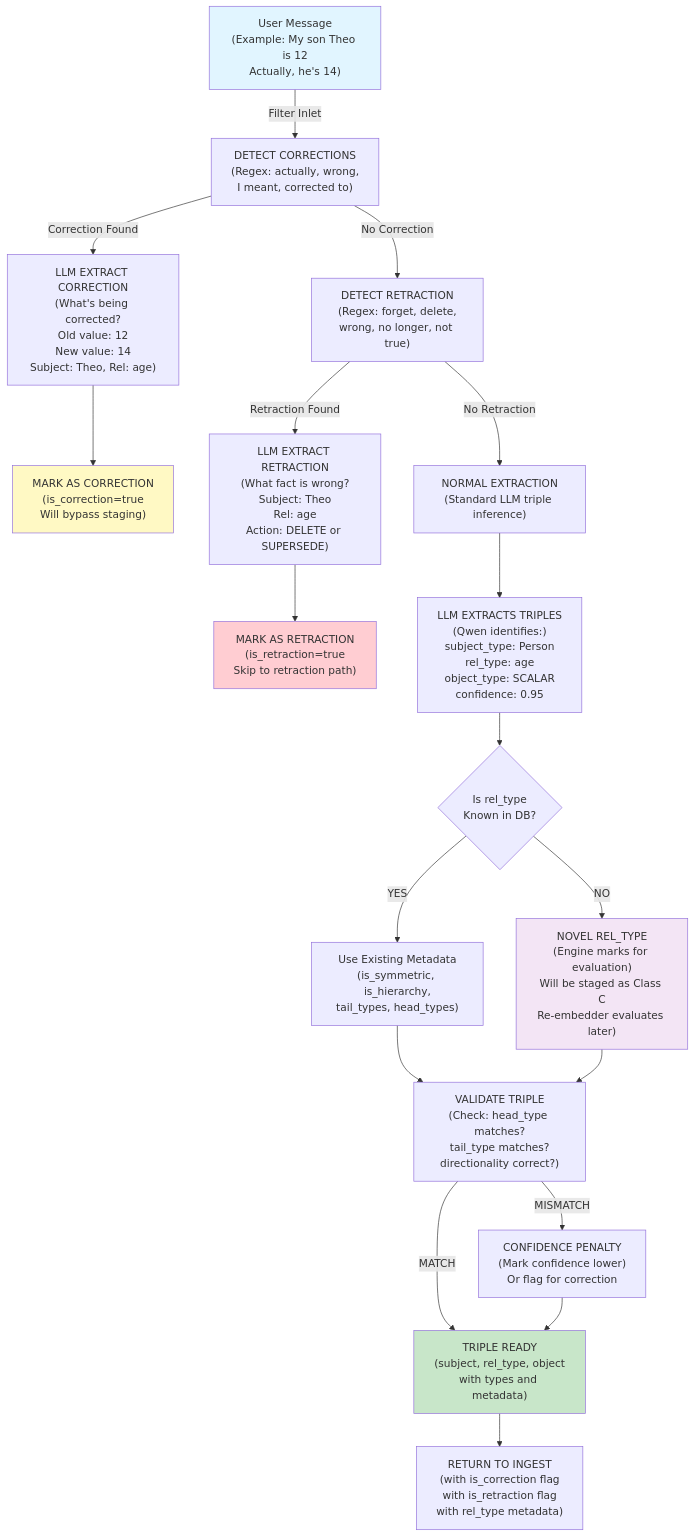
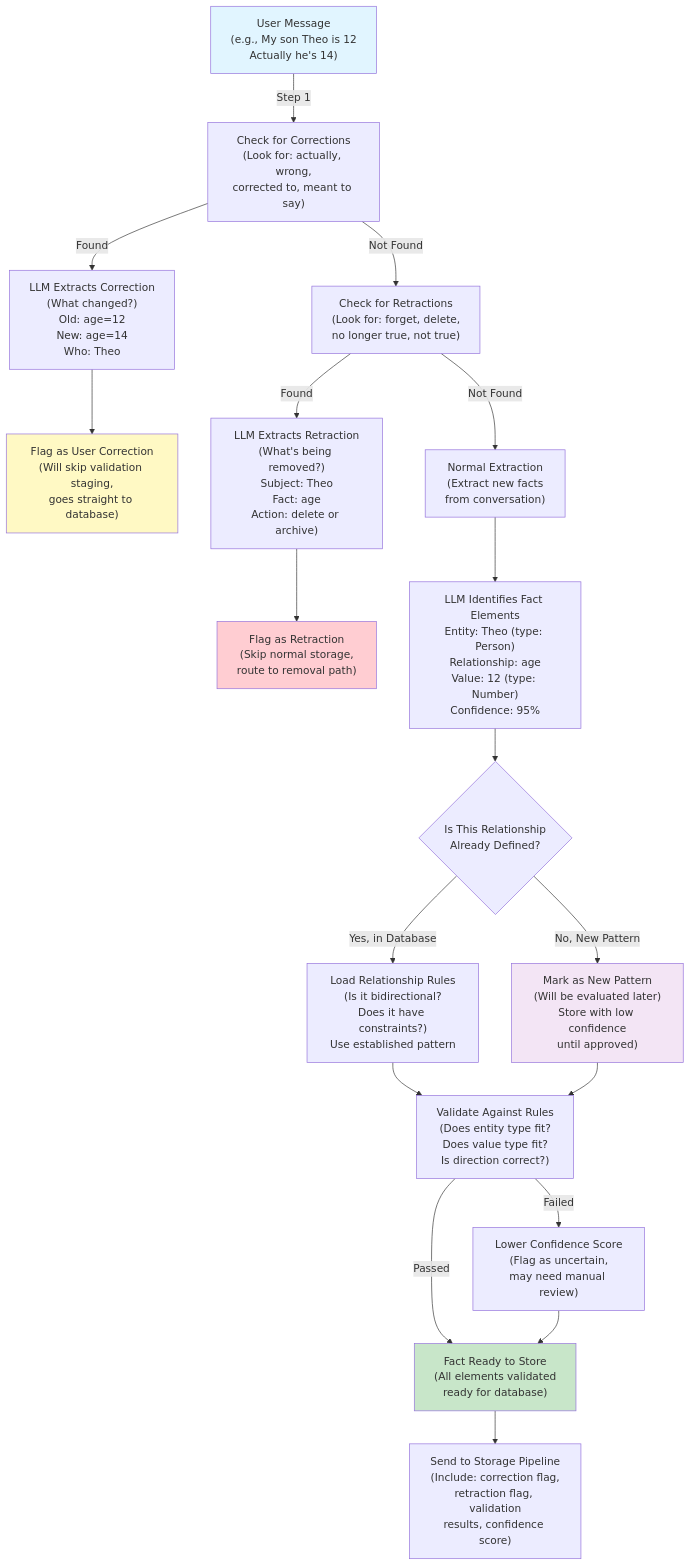
The diagram in docs/mermaid/extract-pipeline.mmd (tkalevra/FaultLine), drawn with Mermaid before and after one commit. The commit also changed 2 other files, not shown here.

Commit message:
docs: Improve Mermaid diagrams with clearer technical language (reduce jargon, add brief explanations)

```diff
--- a/docs/mermaid/extract-pipeline.mmd
+++ b/docs/mermaid/extract-pipeline.mmd
@@ -1,40 +1,40 @@
 graph TD
-    A["User Message<br/>(Example: My son Theo is 12<br/>Actually, he's 14)"] -->|Filter Inlet| B["DETECT CORRECTIONS<br/>(Regex: actually, wrong,<br/>I meant, corrected to)"]
+    A["User Message<br/>(e.g., My son Theo is 12<br/>Actually he's 14)"] -->|Step 1| B["Check for Corrections<br/>(Look for: actually, wrong,<br/>corrected to, meant to say)"]
 
-    B -->|Correction Found| C["LLM EXTRACT CORRECTION<br/>(What's being corrected?<br/>Old value: 12<br/>New value: 14<br/>Subject: Theo, Rel: age)"]
+    B -->|Found| C["LLM Extracts Correction<br/>(What changed?)<br/>Old: age=12<br/>New: age=14<br/>Who: Theo"]
 
-    C --> D["MARK AS CORRECTION<br/>(is_correction=true<br/>Will bypass staging)"]
+    C --> D["Flag as User Correction<br/>(Will skip validation staging,<br/>goes straight to database)"]
 
-    B -->|No Correction| E["DETECT RETRACTION<br/>(Regex: forget, delete,<br/>wrong, no longer, not true)"]
+    B -->|Not Found| E["Check for Retractions<br/>(Look for: forget, delete,<br/>no longer true, not true)"]
 
-    E -->|Retraction Found| F["LLM EXTRACT RETRACTION<br/>(What fact is wrong?<br/>Subject: Theo<br/>Rel: age<br/>Action: DELETE or SUPERSEDE)"]
+    E -->|Found| F["LLM Extracts Retraction<br/>(What's being removed?)<br/>Subject: Theo<br/>Fact: age<br/>Action: delete or archive)"]
 
-    F --> G["MARK AS RETRACTION<br/>(is_retraction=true<br/>Skip to retraction path)"]
+    F --> G["Flag as Retraction<br/>(Skip normal storage,<br/>route to removal path)"]
 
-    E -->|No Retraction| H["NORMAL EXTRACTION<br/>(Standard LLM triple inference)"]
+    E -->|Not Found| H["Normal Extraction<br/>(Extract new facts<br/>from conversation)"]
 
-    H --> I["LLM EXTRACTS TRIPLES<br/>(Qwen identifies:)<br/>subject_type: Person<br/>rel_type: age<br/>object_type: SCALAR<br/>confidence: 0.95"]
+    H --> I["LLM Identifies Fact Elements<br/>Entity: Theo (type: Person)<br/>Relationship: age<br/>Value: 12 (type: Number)<br/>Confidence: 95%"]
 
-    I --> J{Is rel_type<br/>Known in DB?}
+    I --> J{Is This Relationship<br/>Already Defined?}
 
-    J -->|YES| K["Use Existing Metadata<br/>(is_symmetric, is_hierarchy,<br/>tail_types, head_types)"]
+    J -->|Yes, in Database| K["Load Relationship Rules<br/>(Is it bidirectional?<br/>Does it have constraints?)<br/>Use established pattern"]
 
-    J -->|NO| L["NOVEL REL_TYPE<br/>(Engine marks for evaluation)<br/>Will be staged as Class C<br/>Re-embedder evaluates later)"]
+    J -->|No, New Pattern| L["Mark as New Pattern<br/>(Will be evaluated later)<br/>Store with low confidence<br/>until approved)"]
 
-    K --> M["VALIDATE TRIPLE<br/>(Check: head_type matches?<br/>tail_type matches?<br/>directionality correct?)"]
+    K --> M["Validate Against Rules<br/>(Does entity type fit?<br/>Does value type fit?<br/>Is direction correct?)"]
 
     L --> M
 
-    M -->|MISMATCH| N["CONFIDENCE PENALTY<br/>(Mark confidence lower)<br/>Or flag for correction"]
+    M -->|Failed| N["Lower Confidence Score<br/>(Flag as uncertain,<br/>may need manual review)"]
 
-    M -->|MATCH| O["TRIPLE READY<br/>(subject, rel_type, object<br/>with types and metadata)"]
+    M -->|Passed| O["Fact Ready to Store<br/>(All elements validated<br/>ready for database)"]
 
     N --> O
 
-    O --> P["RETURN TO INGEST<br/>(with is_correction flag<br/>with is_retraction flag<br/>with rel_type metadata)"]
+    O --> P["Send to Storage Pipeline<br/>(Include: correction flag,<br/>retraction flag, validation<br/>results, confidence score)"]
 
     style A fill:#e1f5ff
     style D fill:#fff9c4
     style G fill:#ffcdd2
     style L fill:#f3e5f5
     style O fill:#c8e6c9
```
